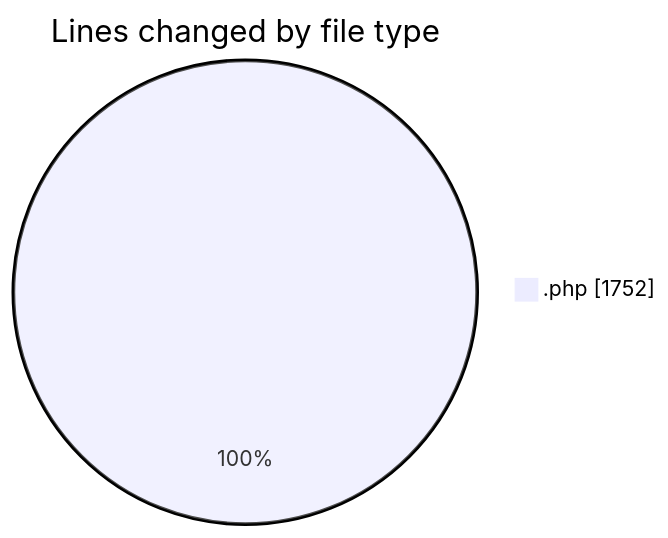
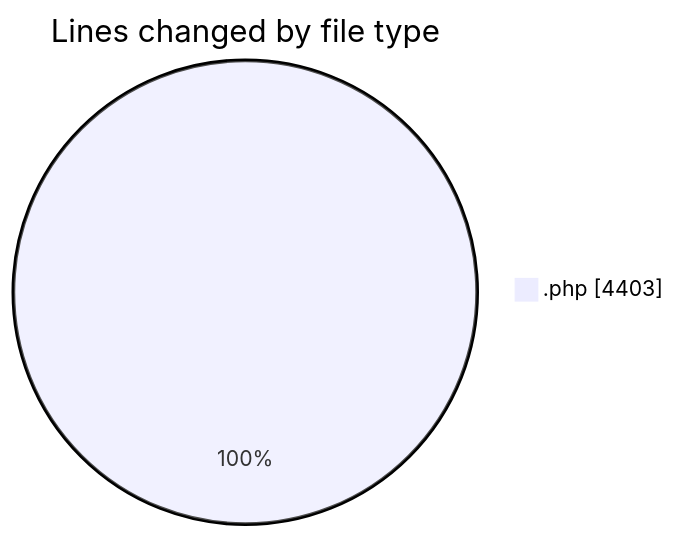
Before and after one commit to debugP/code-tracking: the first of 2 diagrams in 2025-08-22/jmb-woocommerce-price-updater/README.md, drawn with Mermaid. The commit also changed other lines of this file and 1 other file, not shown here.

````diff
--- a/2025-08-22/jmb-woocommerce-price-updater/README.md
+++ b/2025-08-22/jmb-woocommerce-price-updater/README.md
@@ -20,5 +20,5 @@
 ```mermaid
 pie showData
 title Lines changed by file type
-".php" : 1752
+".php" : 4403
 ```
````
